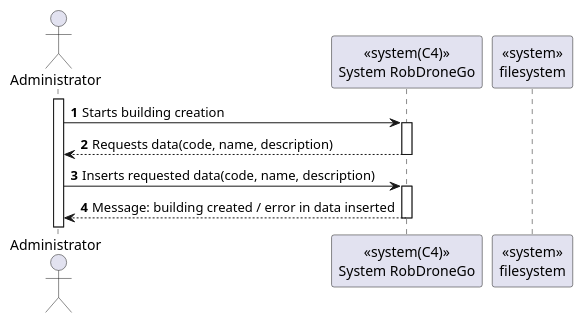
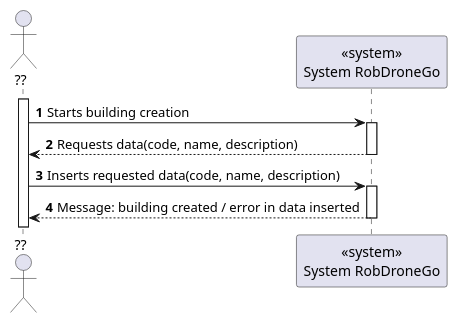
The diagram in docs/level_1/Processes Views/SSD_US150.puml (Departamento-de-Engenharia-Informatica/lapr5-23-24-g19), drawn with PlantUML before and after one commit. The commit also changed 1 other file, not shown here.

```diff
--- a/docs/level_1/Processes Views/SSD_US150.puml
+++ b/docs/level_1/Processes Views/SSD_US150.puml
@@ -1,22 +1,20 @@
 @startuml
 autonumber
 
-actor "Administrator" as admin
-participant "<<system(C4)>>\nSystem RobDroneGo" as sys
-participant "<<system>>\nfilesystem"
+actor "??" as actor
+participant "<<system>>\nSystem RobDroneGo" as sys
 
-
-activate admin
-admin -> sys : Starts building creation
+activate actor
+actor -> sys : Starts building creation
 
 activate sys
-sys --> admin : Requests data(code, name, description)
+sys --> actor : Requests data(code, name, description)
 deactivate sys
 
-admin -> sys: Inserts requested data(code, name, description)
+actor -> sys: Inserts requested data(code, name, description)
 activate sys
-sys --> admin : Message: building created / error in data inserted
+sys --> actor : Message: building created / error in data inserted
 deactivate sys
 
 
 @enduml
```
